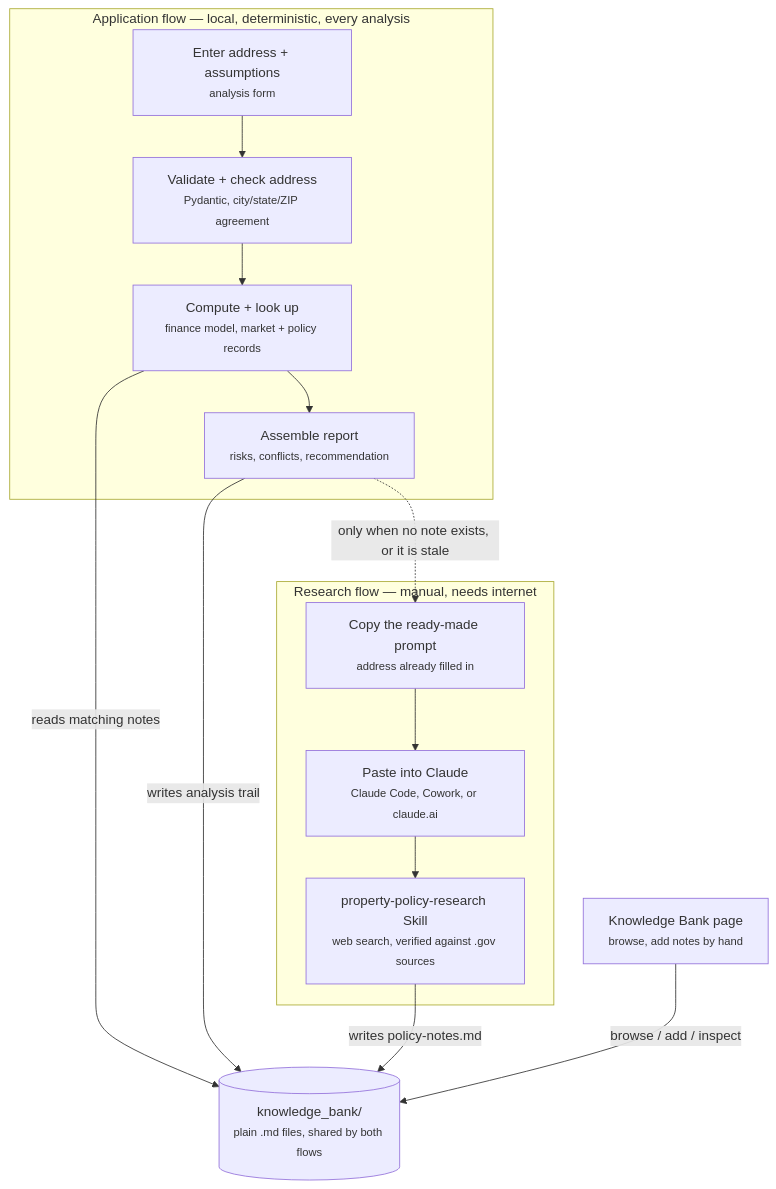
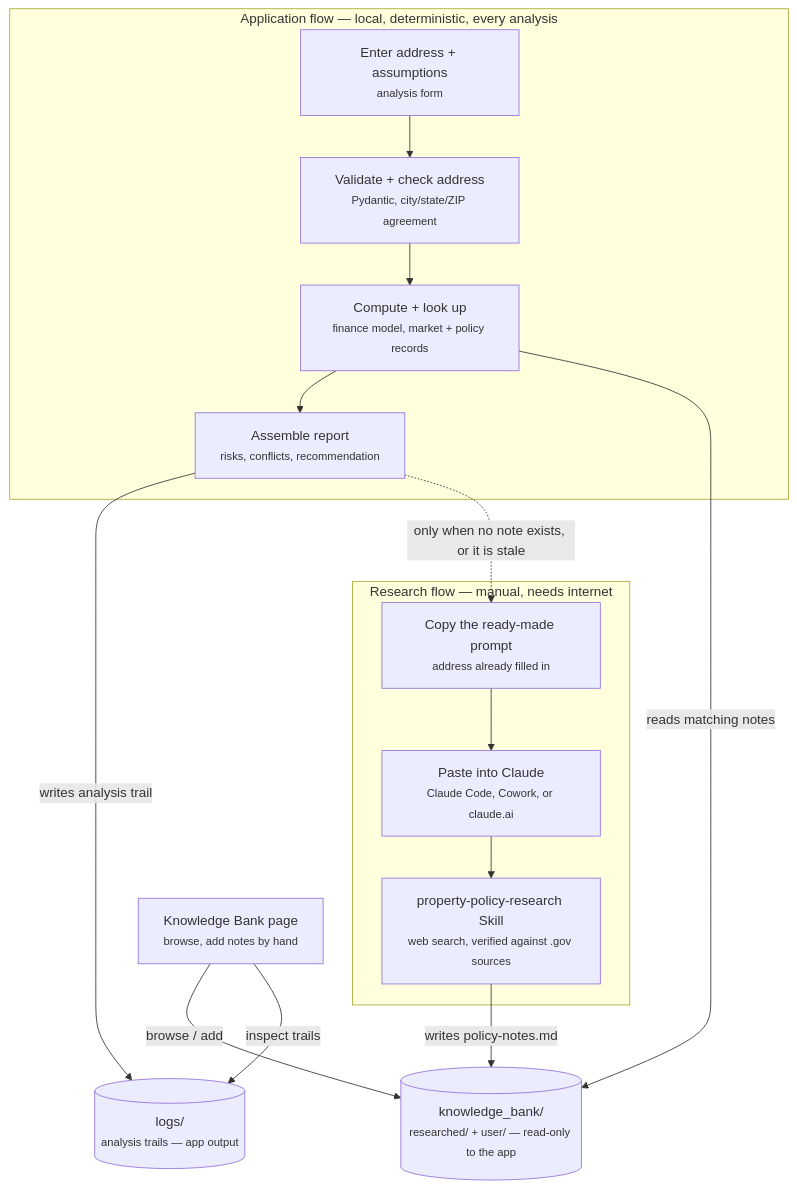
One commit to AsisNath/Real-Estate-Investment-Decision-Support changed the diagram in README.md. Above: the diagram before and after it, drawn with Mermaid. The commit also changed other lines of this file and 6 other files, not shown here.

````diff
--- a/README.md
+++ b/README.md
@@ -64,26 +64,28 @@
 ```mermaid
 flowchart TD
     subgraph appflow["Application flow — local, deterministic, every analysis"]
         A["Enter address + assumptions<br/><small>analysis form</small>"]
         B["Validate + check address<br/><small>Pydantic, city/state/ZIP agreement</small>"]
         C["Compute + look up<br/><small>finance model, market + policy records</small>"]
         D["Assemble report<br/><small>risks, conflicts, recommendation</small>"]
         A --> B --> C --> D
     end
 
     subgraph research["Research flow — manual, needs internet"]
         E["Copy the ready-made prompt<br/><small>address already filled in</small>"]
         F["Paste into Claude<br/><small>Claude Code, Cowork, or claude.ai</small>"]
         G["property-policy-research Skill<br/><small>web search, verified against .gov sources</small>"]
         E --> F --> G
     end
 
-    KB[("knowledge_bank/<br/><small>plain .md files, shared by both flows</small>")]
+    KB[("knowledge_bank/<br/><small>researched/ + user/ — read-only to the app</small>")]
+    LOG[("logs/<br/><small>analysis trails — app output</small>")]
     H["Knowledge Bank page<br/><small>browse, add notes by hand</small>"]
 
     C -->|reads matching notes| KB
-    D -->|writes analysis trail| KB
+    D -->|writes analysis trail| LOG
     D -.->|only when no note exists, or it is stale| E
     G -->|writes policy-notes.md| KB
-    H -->|browse / add / inspect| KB
+    H -->|browse / add| KB
+    H -->|inspect trails| LOG
 ```
````
